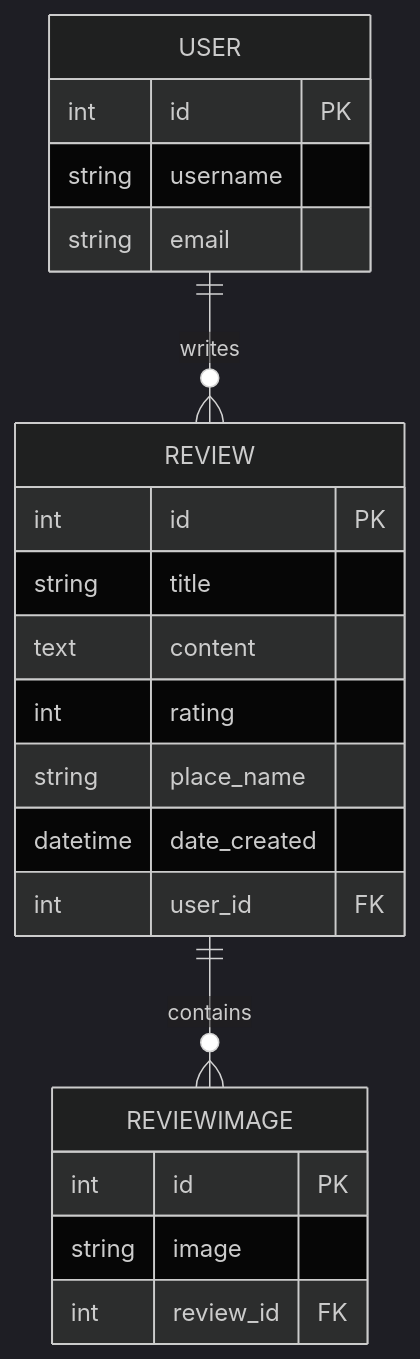
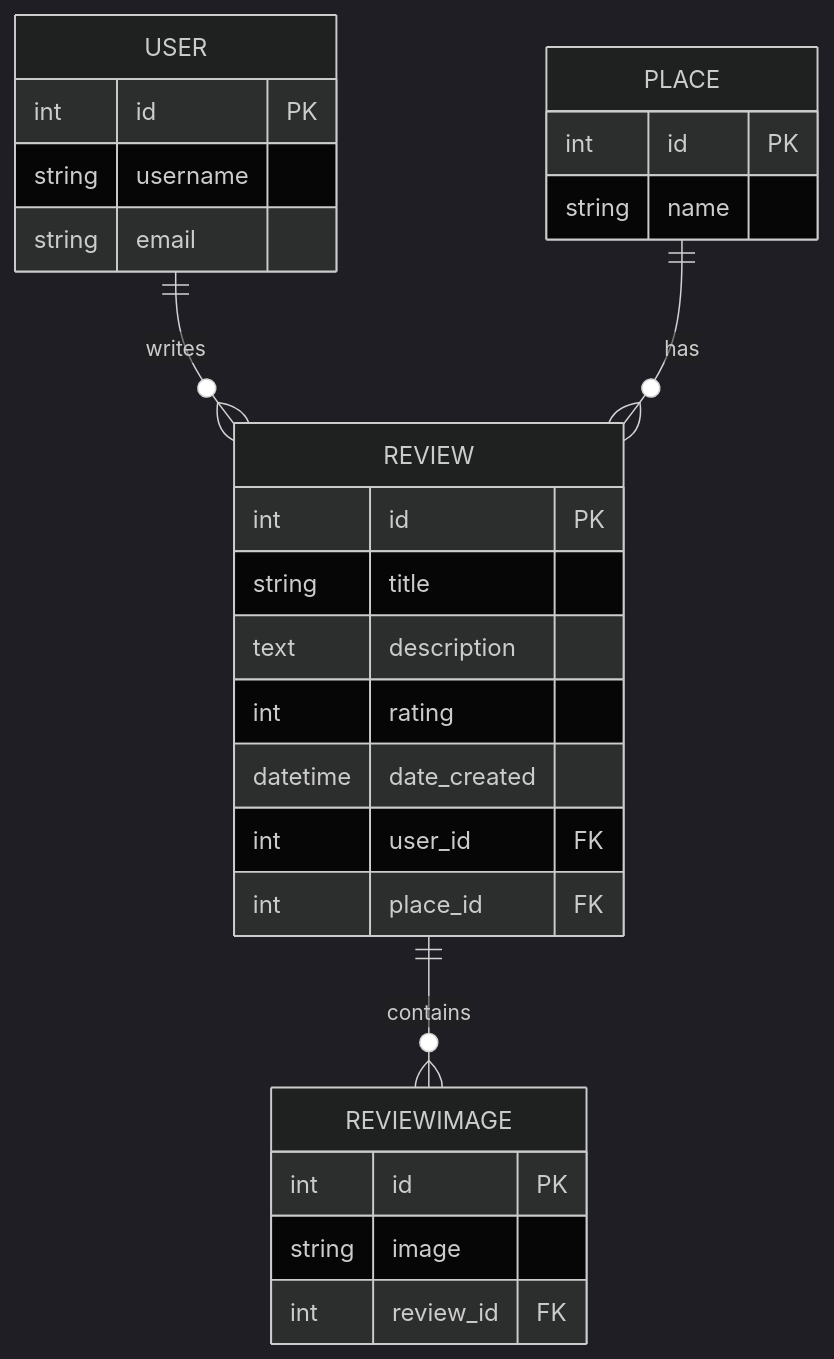
Before and after one commit to qusaiothman44/Capstone-Project: the diagram in README.md, drawn with Mermaid (dark theme).

Commit message:
Update update the erd adding  place model

````````diff
--- a/README.md
+++ b/README.md
@@ -44,28 +44,35 @@
 ```mermaid
 erDiagram
     USER ||--o{ REVIEW : writes
     REVIEW ||--o{ REVIEWIMAGE : contains
+    PLACE ||--o{ REVIEW : has
 
     USER {
         int id PK
         string username
         string email
     }
+
+    PLACE {
+        int id PK
+        string name
+    }
+
     REVIEW {
         int id PK
         string title
-        text content
+        text description
         int rating
-        string place_name
         datetime date_created
         int user_id FK
+        int place_id FK
     }
+
     REVIEWIMAGE {
         int id PK
         string image
         int review_id FK
     }
 
 
-
 ```````
````````
